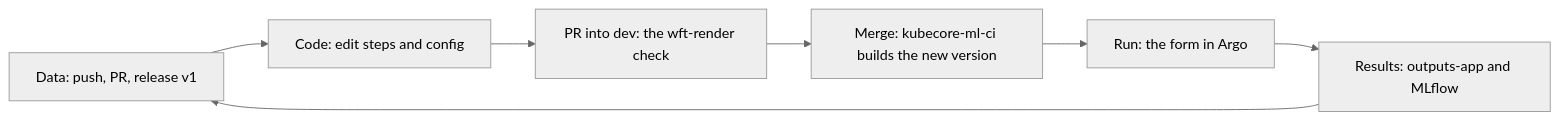
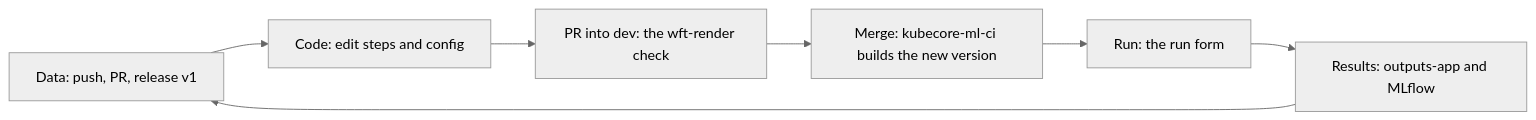
Before and after one commit to novelcore/hera-pipeline-template: the diagram in docs/index.md, drawn with Mermaid (neutral theme). The commit also changed other lines of this file and 44 other files, not shown here.

````diff
--- a/docs/index.md
+++ b/docs/index.md
@@ -25,9 +25,9 @@
 ```mermaid
 graph LR
     D["Data: push, PR, release v1"] --> E["Code: edit steps and config"]
     E --> P["PR into dev: the wft-render check"]
     P --> M["Merge: kubecore-ml-ci builds the new version"]
-    M --> R["Run: the form in Argo"]
+    M --> R["Run: the run form"]
     R --> O["Results: outputs-app and MLflow"]
     O --> D
 ```
````
